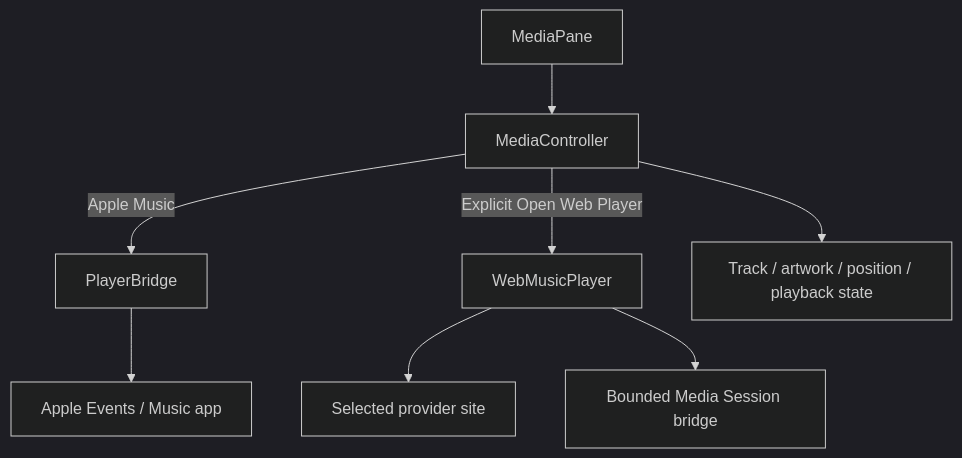
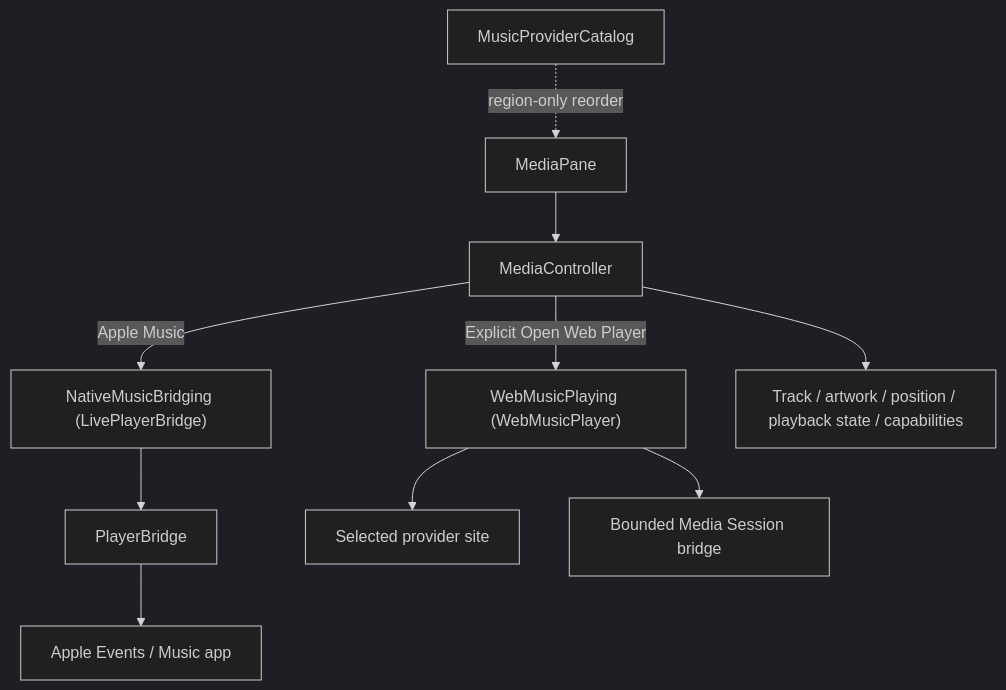
Before and after one commit to TumanovNV/impuls: the diagram in knowledge-base/02-modules/music.md, drawn with Mermaid (dark theme). The commit also changed other lines of this file and 1 other file, not shown here.

First line of the commit message:
Document Music/Now Playing 2.0 architecture and provider compatibility audit

````diff
--- a/knowledge-base/02-modules/music.md
+++ b/knowledge-base/02-modules/music.md
@@ -21,10 +21,12 @@
 ```mermaid
 flowchart TD
     UI[MediaPane] --> MC[MediaController]
-    MC -->|Apple Music| PB[PlayerBridge]
+    MC -->|Apple Music| NB["NativeMusicBridging (LivePlayerBridge)"]
+    NB --> PB[PlayerBridge]
     PB --> AE[Apple Events / Music app]
-    MC -->|Explicit Open Web Player| WP[WebMusicPlayer]
-    WP --> MS[Selected provider site]
-    WP --> BR[Bounded Media Session bridge]
-    MC --> STATE[Track / artwork / position / playback state]
+    MC -->|Explicit Open Web Player| WMP["WebMusicPlaying (WebMusicPlayer)"]
+    WMP --> MS[Selected provider site]
+    WMP --> BR[Bounded Media Session bridge]
+    MC --> STATE[Track / artwork / position / playback state / capabilities]
+    CAT[MusicProviderCatalog] -.region-only reorder.-> UI
 ```
````
